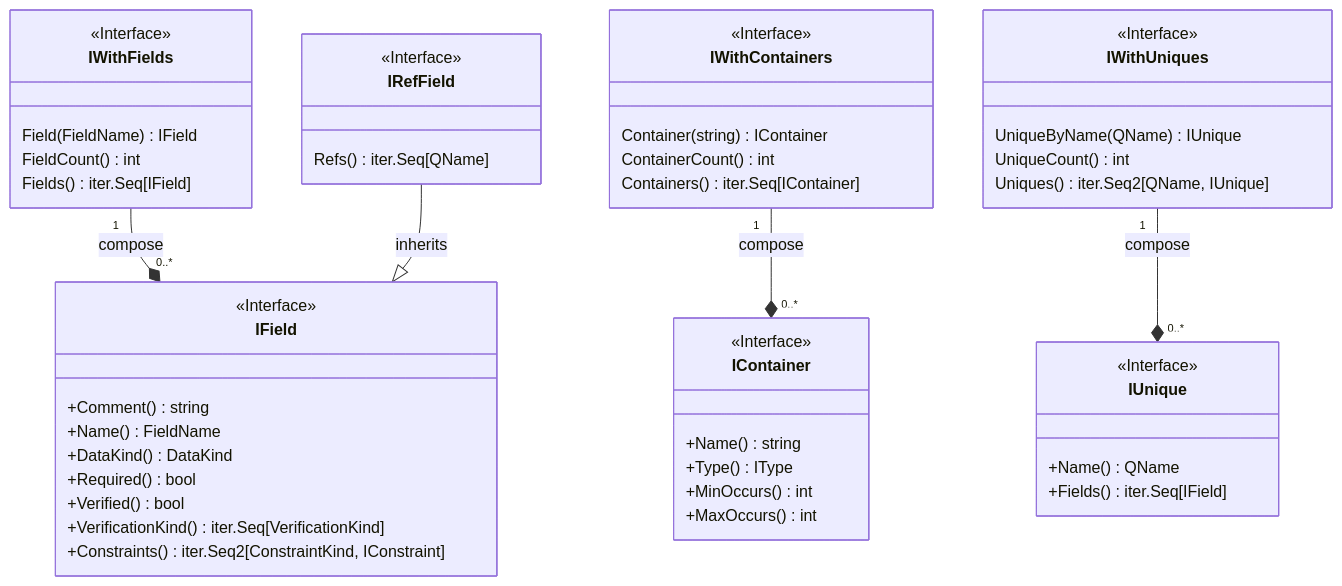
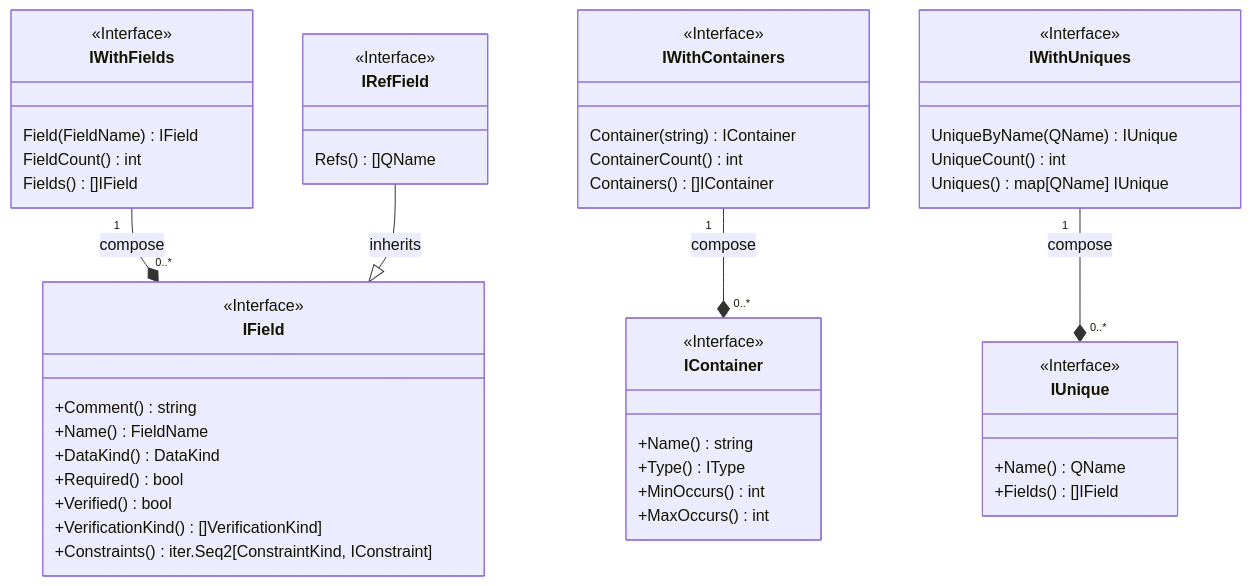
One commit to voedger/voedger changed the sixth of 9 diagrams in pkg/appdef/README.md. Above: the diagram before and after it, drawn with Mermaid. The commit also changed other lines of this file and 2 other files, not shown here.

````diff
--- a/pkg/appdef/README.md
+++ b/pkg/appdef/README.md
@@ -446,58 +446,58 @@
 ```mermaid
 classDiagram
 
   class IField {
     <<Interface>>
     +Comment() string
     +Name() FieldName
     +DataKind() DataKind
     +Required() bool
     +Verified() bool
-    +VerificationKind() iter.Seq[VerificationKind]
+    +VerificationKind() []VerificationKind]
     +Constraints() iter.Seq2[ConstraintKind, IConstraint]
   }
 
   class IWithFields{
     <<Interface>>
     Field(FieldName) IField
     FieldCount() int
-    Fields() iter.Seq[IField]
+    Fields() []IField
   }
   IWithFields "1" --* "0..*" IField : compose
 
   IRefField --|> IField : inherits
   class IRefField {
     <<Interface>>
-    Refs() iter.Seq[QName]
+    Refs() []QName
   }
 
   class IContainer {
     <<Interface>>
     +Name() string
     +Type() IType
     +MinOccurs() int
     +MaxOccurs() int
   }
 
   class IWithContainers{
     <<Interface>>
     Container(string) IContainer
     ContainerCount() int
-    Containers() iter.Seq[IContainer]
+    Containers() []IContainer
   }
   IWithContainers "1" --* "0..*" IContainer : compose
 
   class IUnique {
     <<Interface>>
     +Name() QName
-    +Fields() iter.Seq[IField]
+    +Fields() []IField
   }
 
   class IWithUniques{
     <<Interface>>
     UniqueByName(QName) IUnique
     UniqueCount() int
-    Uniques() iter.Seq2[QName, IUnique]
+    Uniques() map[QName] IUnique
   }
   IWithUniques "1" --* "0..*" IUnique : compose
 ```
````
